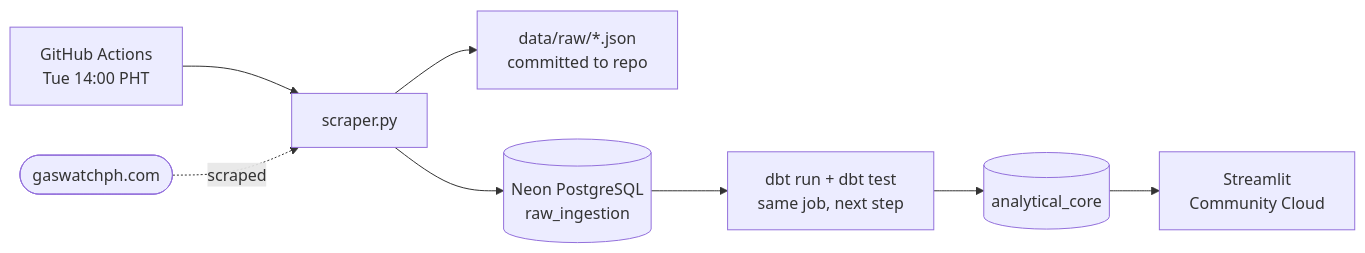
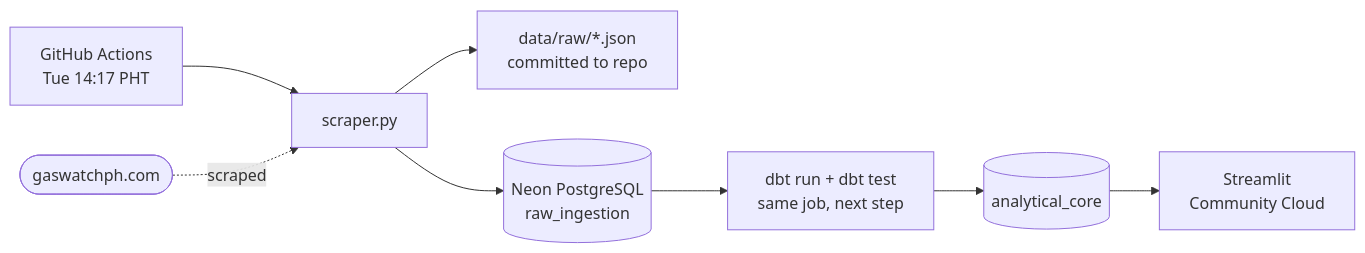
Before and after one commit to james-kalaw/litroph: the second of 2 diagrams in README.md, drawn with Mermaid. The commit also changed other lines of this file and 2 other files, not shown here.

````diff
--- a/README.md
+++ b/README.md
@@ -113,10 +113,10 @@
 ```mermaid
 flowchart LR
-  GA["GitHub Actions<br/>Tue 14:00 PHT"] --> SC["scraper.py"]
+  GA["GitHub Actions<br/>Tue 14:17 PHT"] --> SC["scraper.py"]
   GW(["gaswatchph.com"]) -. scraped .-> SC
   SC --> J["data/raw/*.json<br/>committed to repo"]
   SC --> RAW[("Neon PostgreSQL<br/>raw_ingestion")]
   RAW --> DBT["dbt run + dbt test<br/>same job, next step"]
   DBT --> AC[("analytical_core")]
   AC --> APP["Streamlit<br/>Community Cloud"]
 ```
````
